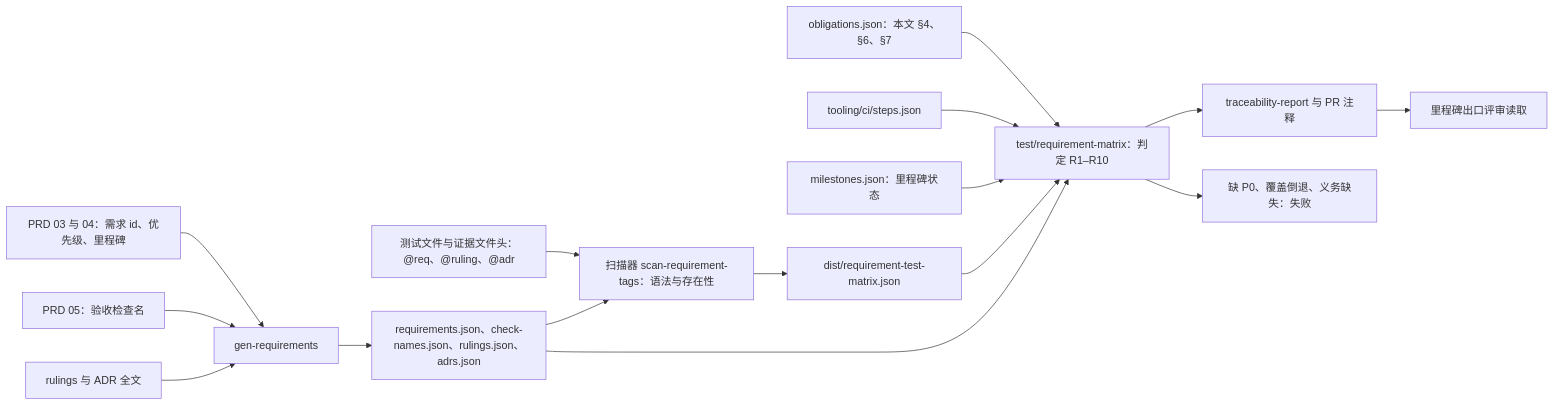
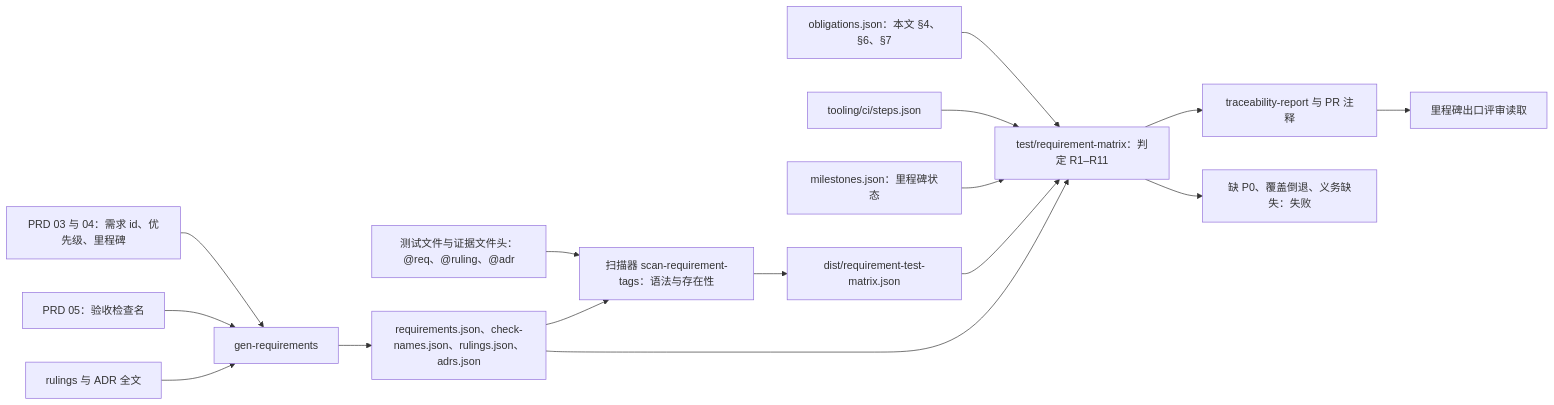
Before and after one commit to Xeonice/cordis-ppt-editor: the first of 7 diagrams in docs/70-testing/13-requirements-traceability.md, drawn with Mermaid. The commit also changed other lines of this file and 12 other files, not shown here.

````diff
--- a/docs/70-testing/13-requirements-traceability.md
+++ b/docs/70-testing/13-requirements-traceability.md
@@ -74,18 +77,18 @@
 ```mermaid
 flowchart LR
   tests["测试文件与证据文件头：@req、@ruling、@adr"] --> scan["扫描器 scan-requirement-tags：语法与存在性"]
   scan --> matrix["dist/requirement-test-matrix.json"]
   prd["PRD 03 与 04：需求 id、优先级、里程碑"] --> gen["gen-requirements"]
   prd05["PRD 05：验收检查名"] --> gen
   rul["rulings 与 ADR 全文"] --> gen
   gen --> reqj["requirements.json、check-names.json、rulings.json、adrs.json"]
   reqj --> scan
-  obl["obligations.json：本文 §4、§6、§7"] --> judge["test/requirement-matrix：判定 R1–R10"]
+  obl["obligations.json：本文 §4、§6、§7"] --> judge["test/requirement-matrix：判定 R1–R11"]
   steps["tooling/ci/steps.json"] --> judge
   ms["milestones.json：里程碑状态"] --> judge
   matrix --> judge
   reqj --> judge
   judge --> report["traceability-report 与 PR 注释"]
   judge --> fail["缺 P0、覆盖倒退、义务缺失：失败"]
   report --> review["里程碑出口评审读取"]
 ```
````
